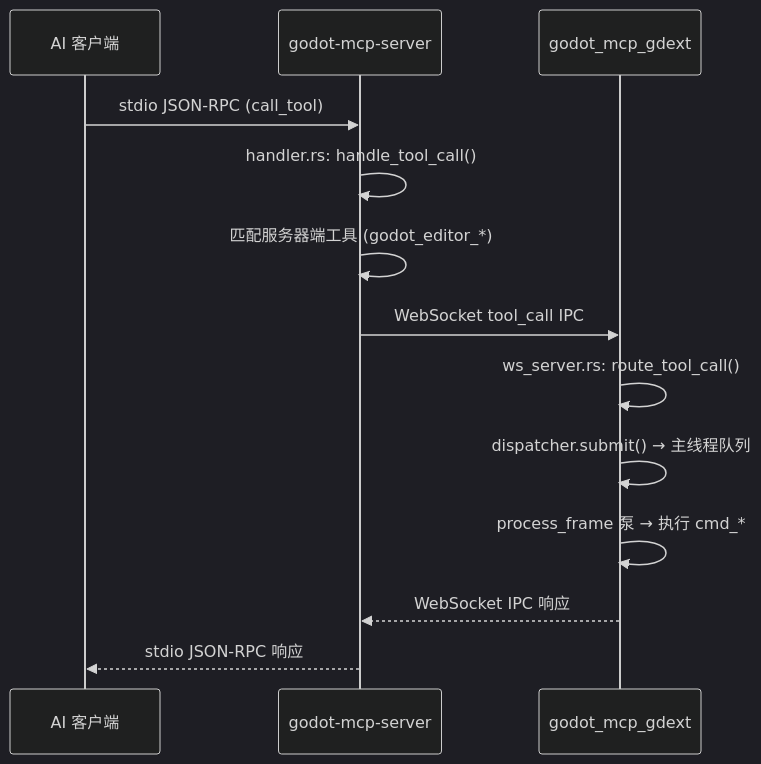
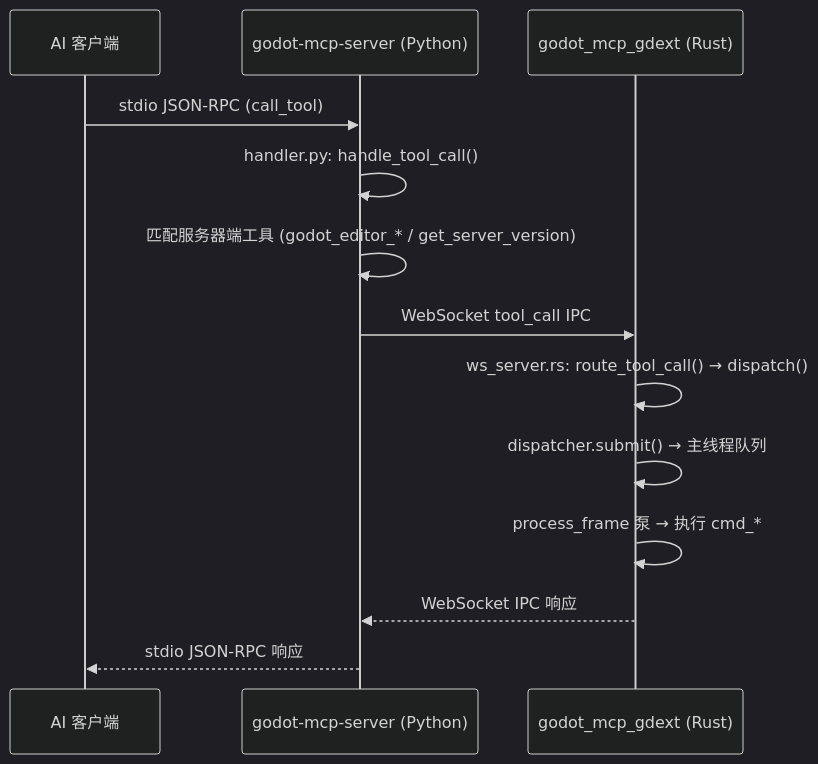
The diagram in .repo_wiki/overview/architecture.md (jesspig/GodotMCP-GDExtension), drawn with Mermaid (dark theme) before and after one commit. The commit also changed other lines of this file and 20 other files, not shown here.

````diff
--- a/.repo_wiki/overview/architecture.md
+++ b/.repo_wiki/overview/architecture.md
@@ -54,16 +67,16 @@
 ```mermaid
 sequenceDiagram
     participant AI as AI 客户端
-    participant S as godot-mcp-server
-    participant G as godot_mcp_gdext
+    participant S as godot-mcp-server (Python)
+    participant G as godot_mcp_gdext (Rust)
     
     AI->>S: stdio JSON-RPC (call_tool)
-    S->>S: handler.rs: handle_tool_call()
-    S->>S: 匹配服务器端工具 (godot_editor_*)
+    S->>S: handler.py: handle_tool_call()
+    S->>S: 匹配服务器端工具 (godot_editor_* / get_server_version)
     S->>G: WebSocket tool_call IPC
-    G->>G: ws_server.rs: route_tool_call()
+    G->>G: ws_server.rs: route_tool_call() → dispatch()
     G->>G: dispatcher.submit() → 主线程队列
     G->>G: process_frame 泵 → 执行 cmd_*
     G-->>S: WebSocket IPC 响应
     S-->>AI: stdio JSON-RPC 响应
 ```
````
